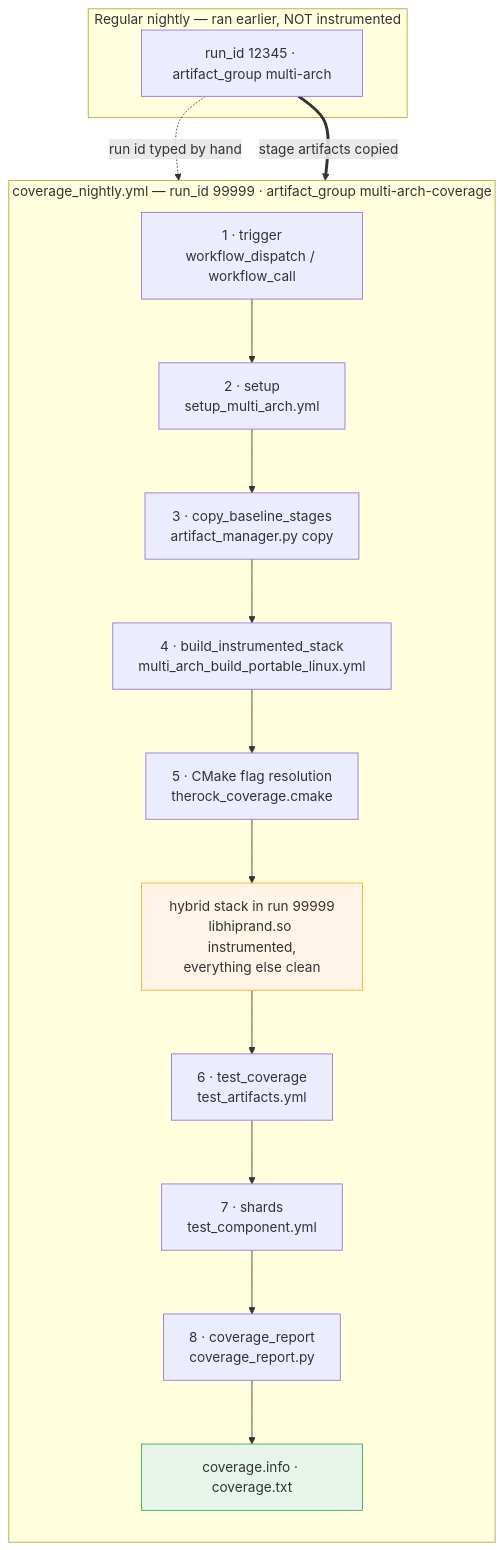
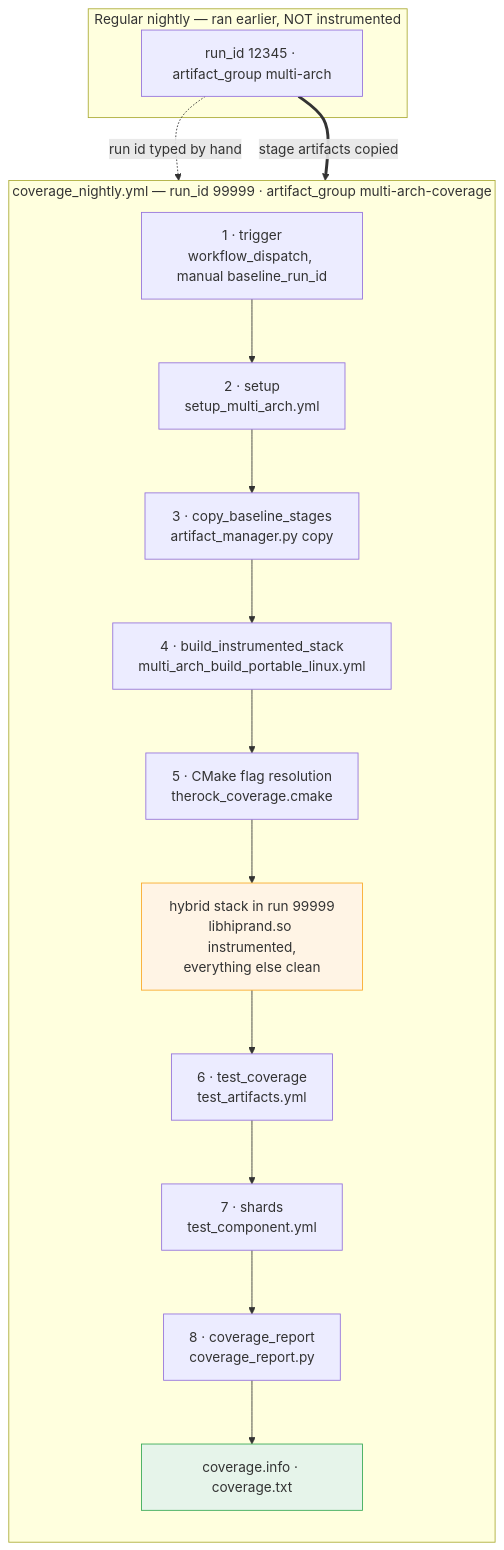
Before and after one commit to ROCm/TheRock: the first of 2 diagrams in docs/development/code_coverage_flow.md, drawn with Mermaid. The commit also changed other lines of this file and 6 other files, not shown here.

````diff
--- a/docs/development/code_coverage_flow.md
+++ b/docs/development/code_coverage_flow.md
@@ -37,27 +37,27 @@
 ```mermaid
 flowchart TB
     subgraph BASE["Regular nightly — ran earlier, NOT instrumented"]
         RN["run_id 12345 · artifact_group multi-arch"]
     end
 
     subgraph COV["coverage_nightly.yml — run_id 99999 · artifact_group multi-arch-coverage"]
         direction TB
-        T["1 · trigger<br/>workflow_dispatch / workflow_call"]
+        T["1 · trigger<br/>workflow_dispatch, manual baseline_run_id"]
         S["2 · setup<br/>setup_multi_arch.yml"]
         CP["3 · copy_baseline_stages<br/>artifact_manager.py copy"]
         BI["4 · build_instrumented_stack<br/>multi_arch_build_portable_linux.yml"]
         CMK["5 · CMake flag resolution<br/>therock_coverage.cmake"]
         HYB["hybrid stack in run 99999<br/>libhiprand.so instrumented,<br/>everything else clean"]
         TC["6 · test_coverage<br/>test_artifacts.yml"]
         SH["7 · shards<br/>test_component.yml"]
         RP["8 · coverage_report<br/>coverage_report.py"]
         OUT["coverage.info · coverage.txt"]
     end
 
     RN -.->|"run id typed by hand"| T
     RN ==>|"stage artifacts copied"| CP
     T --> S --> CP --> BI --> CMK --> HYB --> TC --> SH --> RP --> OUT
 
     style HYB fill:#fff4e5,stroke:#f9a825
     style OUT fill:#e6f4ea,stroke:#34a853
 ```
````
